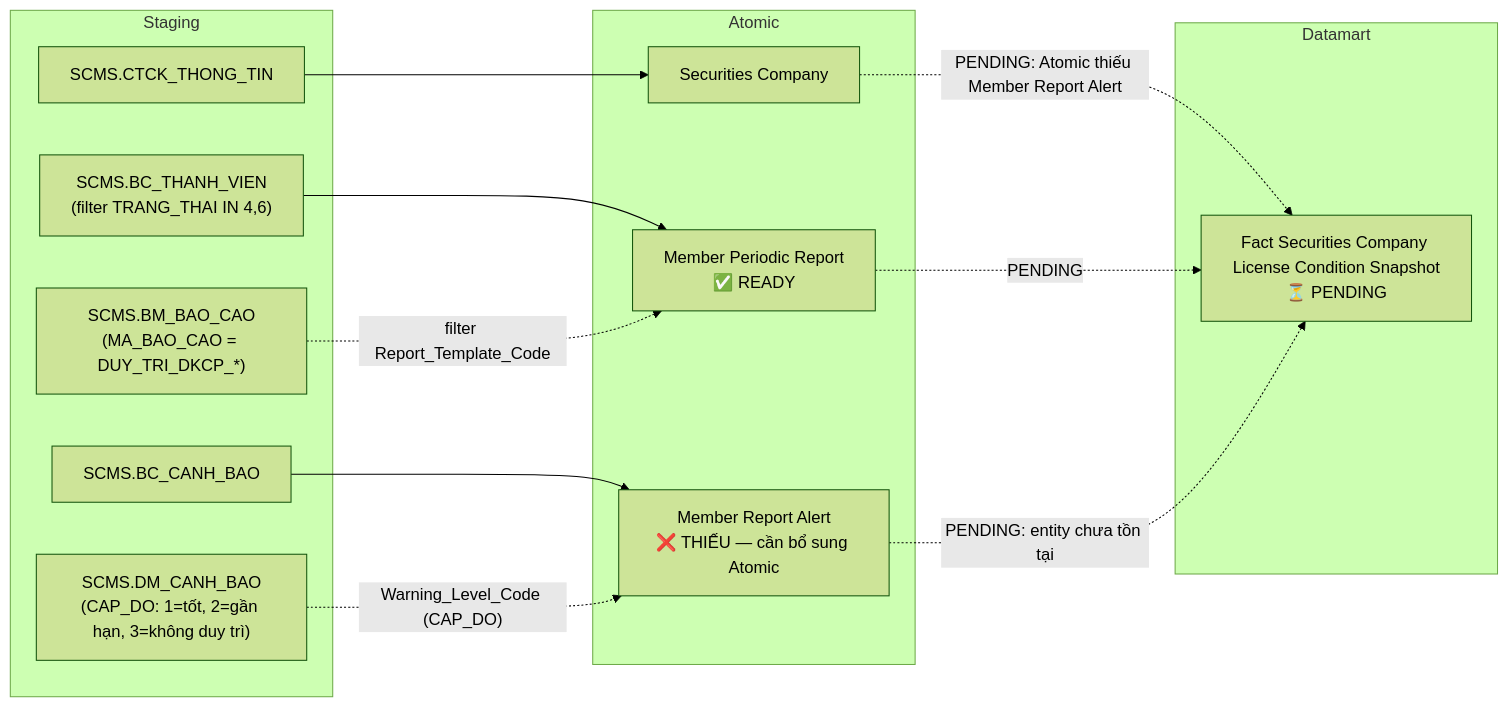
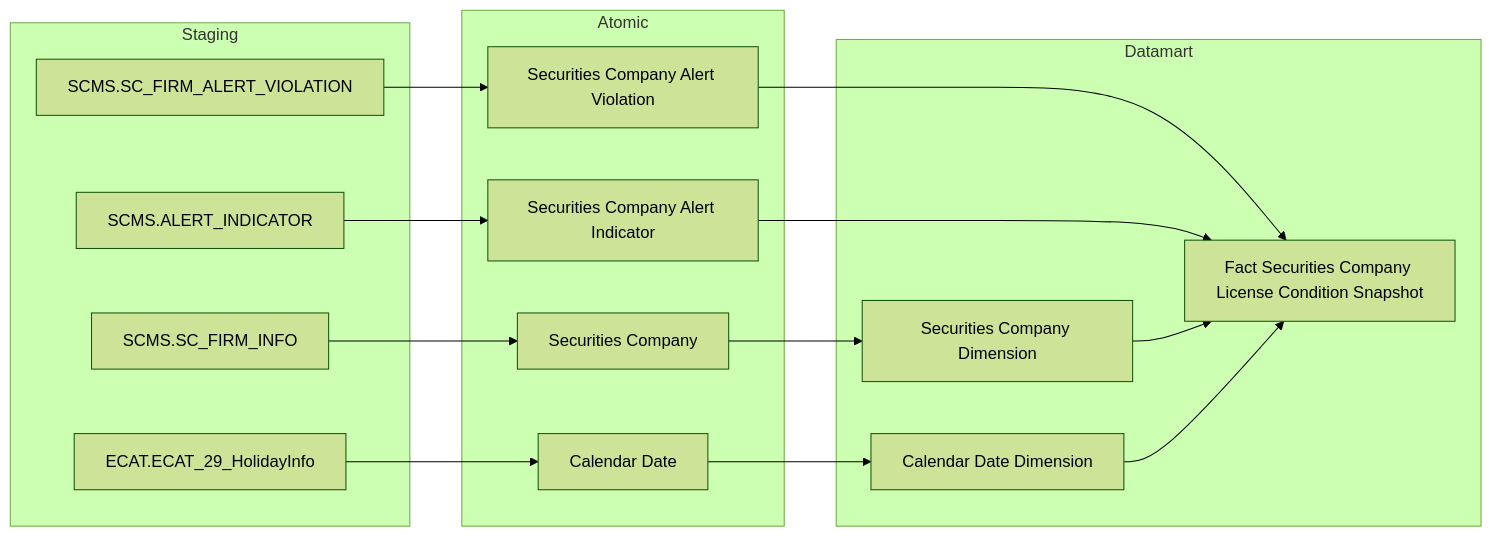
The fourth of 30 diagrams in Datamart/hld/DTM_QLKD_HLD.md (linhlvit/ubck_atomic_design), drawn with Mermaid (forest theme) before and after one commit. The commit also changed other lines of this file and 35 other files, not shown here.

````diff
--- a/Datamart/hld/DTM_QLKD_HLD.md
+++ b/Datamart/hld/DTM_QLKD_HLD.md
@@ -100,30 +143,35 @@
 ```mermaid
 flowchart LR
     subgraph SRC["Staging"]
-        S1["SCMS.CTCK_THONG_TIN"]
-        S2["SCMS.BC_CANH_BAO"]
-        S3["SCMS.DM_CANH_BAO\n(CAP_DO: 1=tốt, 2=gần hạn, 3=không duy trì)"]
-        S4["SCMS.BC_THANH_VIEN\n(filter TRANG_THAI IN 4,6)"]
-        S5["SCMS.BM_BAO_CAO\n(MA_BAO_CAO = DUY_TRI_DKCP_*)"]
+        S1["SCMS.SC_FIRM_INFO"]
+        S2["SCMS.SC_FIRM_ALERT_VIOLATION"]
+        S3["SCMS.ALERT_INDICATOR"]
+        ECAT_ECAT_29_HolidayInfo["ECAT.ECAT_29_HolidayInfo"]
     end
 
     subgraph SIL["Atomic"]
         SV1["Securities Company"]
-        SV2["Member Periodic Report\n✅ READY"]
-        SV3["Member Report Alert\n❌ THIẾU — cần bổ sung Atomic"]
+        SV2["Securities Company Alert Violation"]
+        SV3["Securities Company Alert Indicator"]
+        Calendar_Date["Calendar Date"]
     end
 
     subgraph Datamart["Datamart"]
-        G1["Fact Securities Company License Condition Snapshot\n⏳ PENDING"]
+        G1["Fact Securities Company License Condition Snapshot"]
+        G2["Securities Company Dimension"]
+        G3["Calendar Date Dimension"]
     end
 
     S1 --> SV1
-    S4 --> SV2
-    S5 -.->|"filter Report_Template_Code"| SV2
-    S2 --> SV3
-    S3 -.->|"Warning_Level_Code (CAP_DO)"| SV3
+    S2 --> SV2
+    S3 --> SV3
+    ECAT_ECAT_29_HolidayInfo --> Calendar_Date
 
-    SV1 -.->|"PENDING: Atomic thiếu Member Report Alert"| G1
-    SV2 -.->|PENDING| G1
-    SV3 -.->|"PENDING: entity chưa tồn tại"| G1
+    SV1 --> G2
+    SV2 --> G1
+    SV3 --> G1
+    Calendar_Date --> G3
+
+    G2 --> G1
+    G3 --> G1
 ```
````
